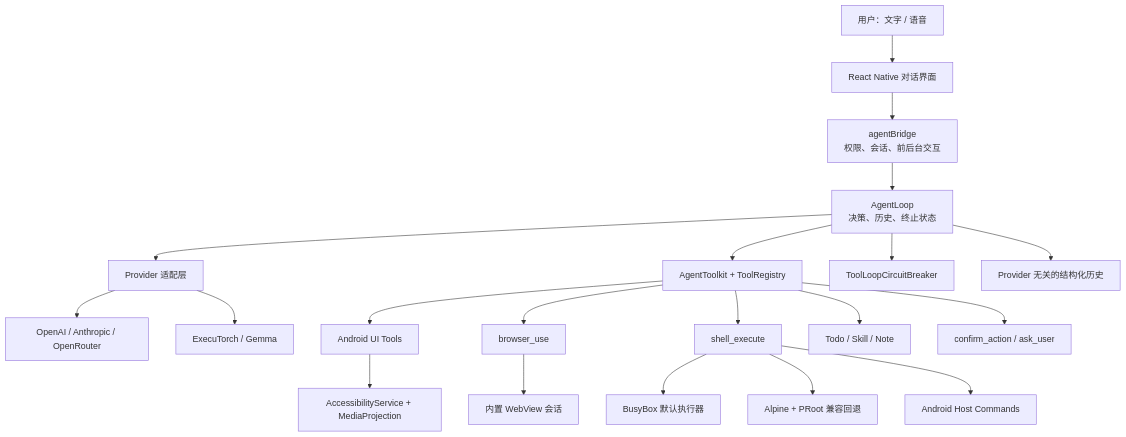
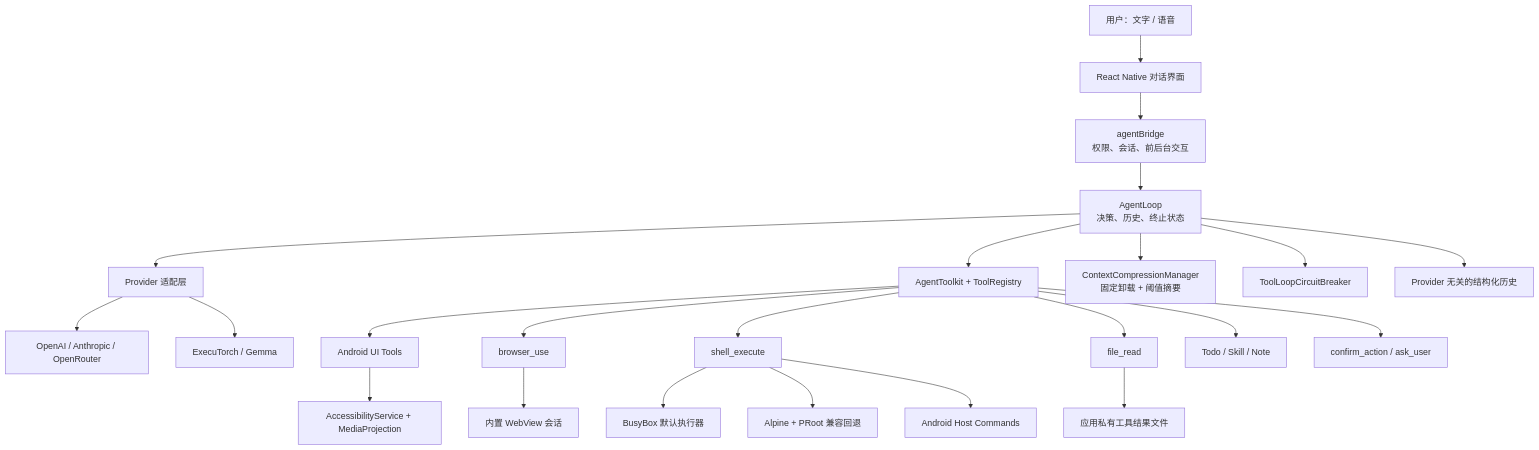
Before and after one commit to GaiyHub/vision-route-search: the diagram in Readme.md, drawn with Mermaid. The commit also changed other lines of this file, not shown here.

````diff
--- a/Readme.md
+++ b/Readme.md
@@ -99,26 +111,29 @@
 ```mermaid
 flowchart TD
     U["用户：文字 / 语音"] --> CHAT["React Native 对话界面"]
     CHAT --> BRIDGE["agentBridge\n权限、会话、前后台交互"]
     BRIDGE --> LOOP["AgentLoop\n决策、历史、终止状态"]
 
     LOOP --> PROVIDERS["Provider 适配层"]
     PROVIDERS --> CLOUD["OpenAI / Anthropic / OpenRouter"]
     PROVIDERS --> LOCAL["ExecuTorch / Gemma"]
 
     LOOP --> TOOLKIT["AgentToolkit + ToolRegistry"]
+    LOOP --> CONTEXT["ContextCompressionManager\n固定卸载 + 阈值摘要"]
     TOOLKIT --> UI["Android UI Tools"]
     TOOLKIT --> BROWSER["browser_use"]
     TOOLKIT --> SHELL["shell_execute"]
+    TOOLKIT --> FILEREAD["file_read"]
     TOOLKIT --> STATE["Todo / Skill / Note"]
     TOOLKIT --> GATES["confirm_action / ask_user"]
 
     UI --> A11Y["AccessibilityService + MediaProjection"]
     BROWSER --> WEBVIEW["内置 WebView 会话"]
     SHELL --> BUSYBOX["BusyBox 默认执行器"]
     SHELL --> ALPINE["Alpine + PRoot 兼容回退"]
     SHELL --> HOST["Android Host Commands"]
+    FILEREAD --> ARTIFACTS["应用私有工具结果文件"]
 
     LOOP --> BREAKER["ToolLoopCircuitBreaker"]
     LOOP --> HISTORY["Provider 无关的结构化历史"]
 ```
````
